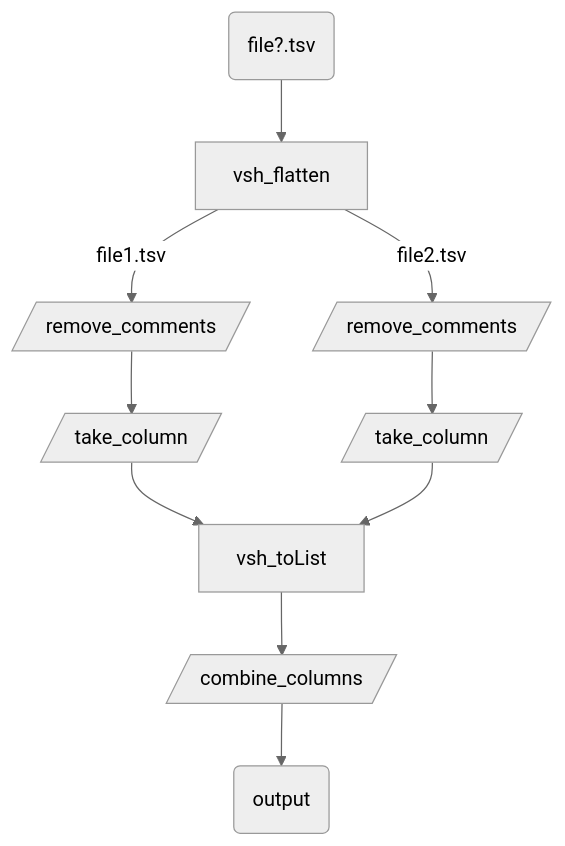
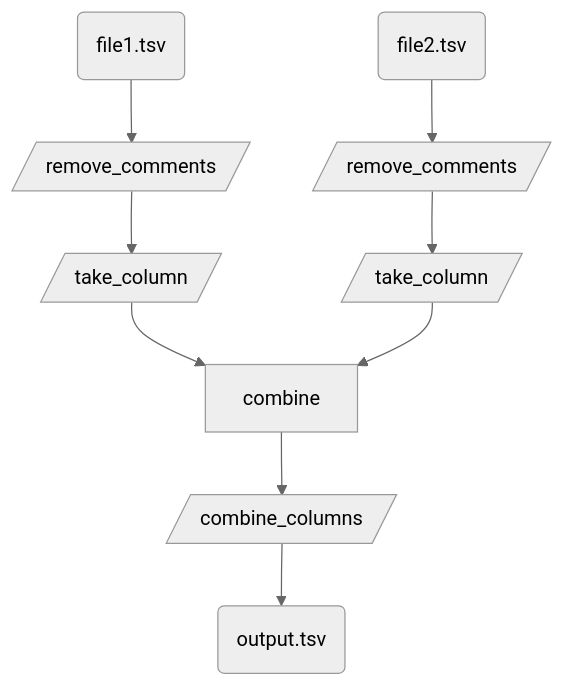
The diagram in quickstart/index.qmd (viash-io/website), drawn with Mermaid (neutral theme) before and after one commit. The commit also changed other lines of this file, not shown here.

Commit message:
Update quickstart

````diff
--- a/quickstart/index.qmd
+++ b/quickstart/index.qmd
@@ -31,8 +31,7 @@
 ```{mermaid}
 graph TD
-   A(file?.tsv) --> X[vsh_flatten] 
-   X --file1.tsv--> B1[/remove_comments/] --> C1[/take_column/] --> Y
-   X --file2.tsv--> B2[/remove_comments/] --> C2[/take_column/] --> Y
-   Y[vsh_toList] --> D[/combine_columns/]
-   D --> E(output)
+   input1(file1.tsv) --> B1[/remove_comments/] --> C1[/take_column/] --> Y
+   input2(file2.tsv)--> B2[/remove_comments/] --> C2[/take_column/] --> Y
+   Y[combine] --> D[/combine_columns/]
+   D --> output(output.tsv)
 ```
````
